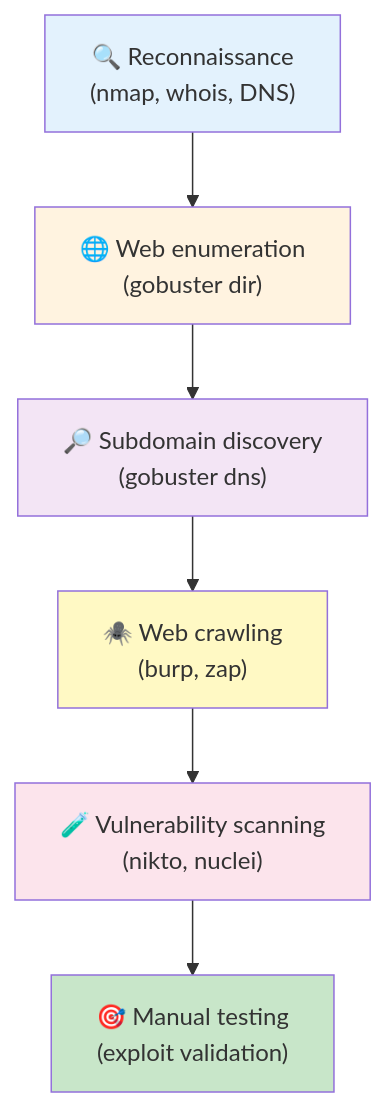
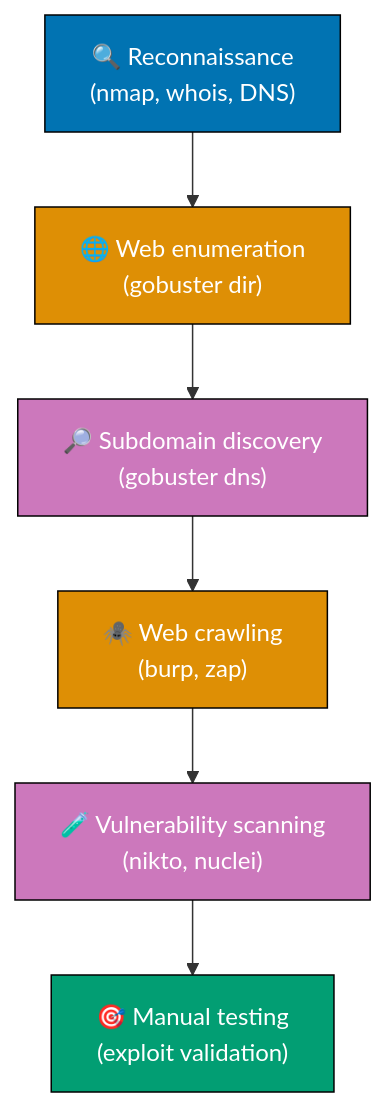
One commit to wahidyankf/open-sharia-enterprise changed the third of 3 diagrams in docs/explanation/information-security/toolings/ex-inse-to__gobuster.md. Above: the diagram before and after it, drawn with Mermaid. The commit also changed other lines of this file and 22 other files, not shown here.

First line of the commit message:
docs(diagrams): ensure all mermaid diagrams use color-blind friendly palette

````diff
--- a/docs/explanation/information-security/toolings/ex-inse-to__gobuster.md
+++ b/docs/explanation/information-security/toolings/ex-inse-to__gobuster.md
@@ -600,15 +609,15 @@
 ```mermaid
 graph TD
 	A["🔍 Reconnaissance<br/>(nmap, whois, DNS)"] --> B["🌐 Web enumeration<br/>(gobuster dir)"]
 	B --> C["🔎 Subdomain discovery<br/>(gobuster dns)"]
 	C --> D["🕷️ Web crawling<br/>(burp, zap)"]
 	D --> E["🧪 Vulnerability scanning<br/>(nikto, nuclei)"]
 	E --> F["🎯 Manual testing<br/>(exploit validation)"]
 
-	style A fill:#e3f2fd
-	style B fill:#fff3e0
-	style C fill:#f3e5f5
-	style D fill:#fff9c4
-	style E fill:#fce4ec
-	style F fill:#c8e6c9
+	style A fill:#0173B2,stroke:#000000,color:#FFFFFF
+	style B fill:#DE8F05,stroke:#000000,color:#FFFFFF
+	style C fill:#CC78BC,stroke:#000000,color:#FFFFFF
+	style D fill:#DE8F05,stroke:#000000,color:#FFFFFF
+	style E fill:#CC78BC,stroke:#000000,color:#FFFFFF
+	style F fill:#029E73,stroke:#000000,color:#FFFFFF
 ```
````
